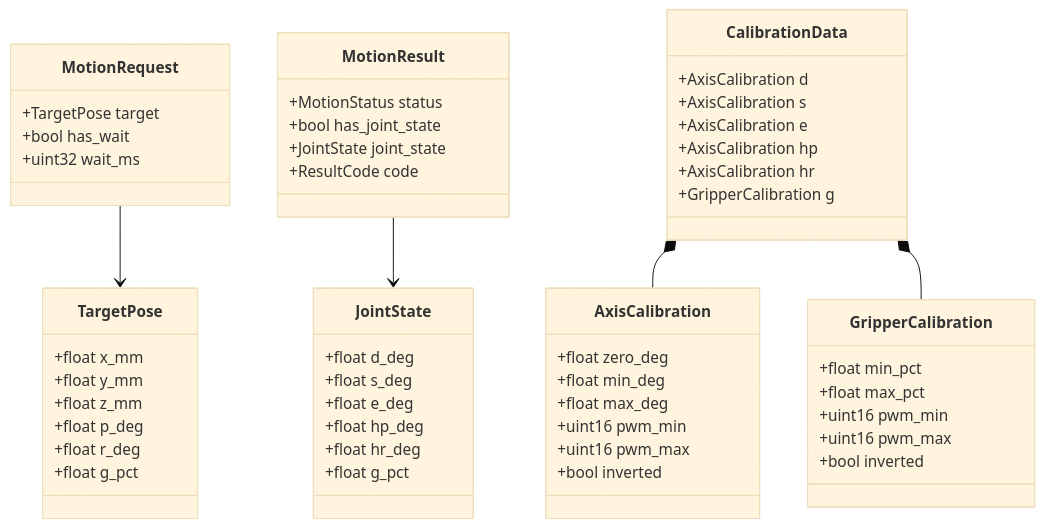
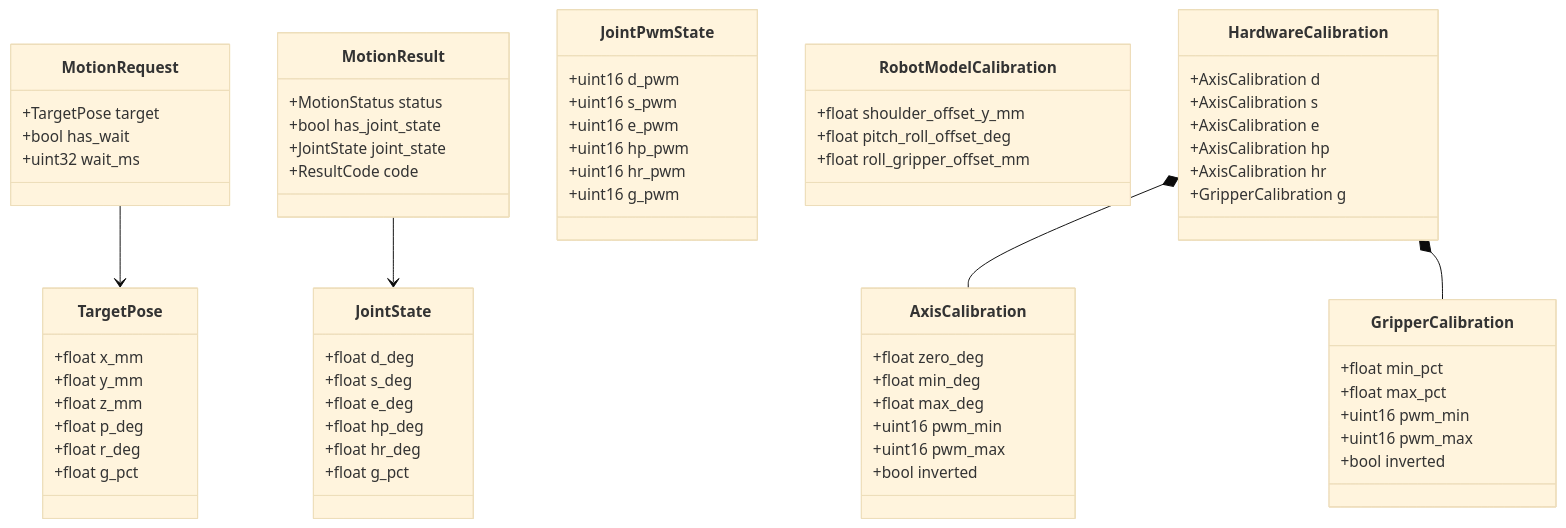
Before and after one commit to butz1999/inverse_kinematik: the first of 11 diagrams in sw/software.md, drawn with Mermaid (base theme). The commit also changed other lines of this file, not shown here.

````diff
--- a/sw/software.md
+++ b/sw/software.md
@@ -126,64 +133,79 @@
 ```mermaid
 classDiagram
     class TargetPose {
         +float x_mm
         +float y_mm
         +float z_mm
         +float p_deg
         +float r_deg
         +float g_pct
     }
 
     class JointState {
         +float d_deg
         +float s_deg
         +float e_deg
         +float hp_deg
         +float hr_deg
         +float g_pct
     }
 
     class MotionRequest {
         +TargetPose target
         +bool has_wait
         +uint32 wait_ms
     }
 
     class MotionResult {
         +MotionStatus status
         +bool has_joint_state
         +JointState joint_state
         +ResultCode code
     }
 
-    class CalibrationData {
+    class JointPwmState {
+        +uint16 d_pwm
+        +uint16 s_pwm
+        +uint16 e_pwm
+        +uint16 hp_pwm
+        +uint16 hr_pwm
+        +uint16 g_pwm
+    }
+
+    class RobotModelCalibration {
+        +float shoulder_offset_y_mm
+        +float pitch_roll_offset_deg
+        +float roll_gripper_offset_mm
+    }
+
+    class HardwareCalibration {
         +AxisCalibration d
         +AxisCalibration s
         +AxisCalibration e
         +AxisCalibration hp
         +AxisCalibration hr
         +GripperCalibration g
     }
 
     class AxisCalibration {
         +float zero_deg
         +float min_deg
         +float max_deg
         +uint16 pwm_min
         +uint16 pwm_max
         +bool inverted
     }
 
     class GripperCalibration {
         +float min_pct
         +float max_pct
         +uint16 pwm_min
         +uint16 pwm_max
         +bool inverted
     }
 
     MotionRequest --> TargetPose
     MotionResult --> JointState
-    CalibrationData *-- AxisCalibration
-    CalibrationData *-- GripperCalibration
+    HardwareCalibration *-- AxisCalibration
+    HardwareCalibration *-- GripperCalibration
 ```
````
